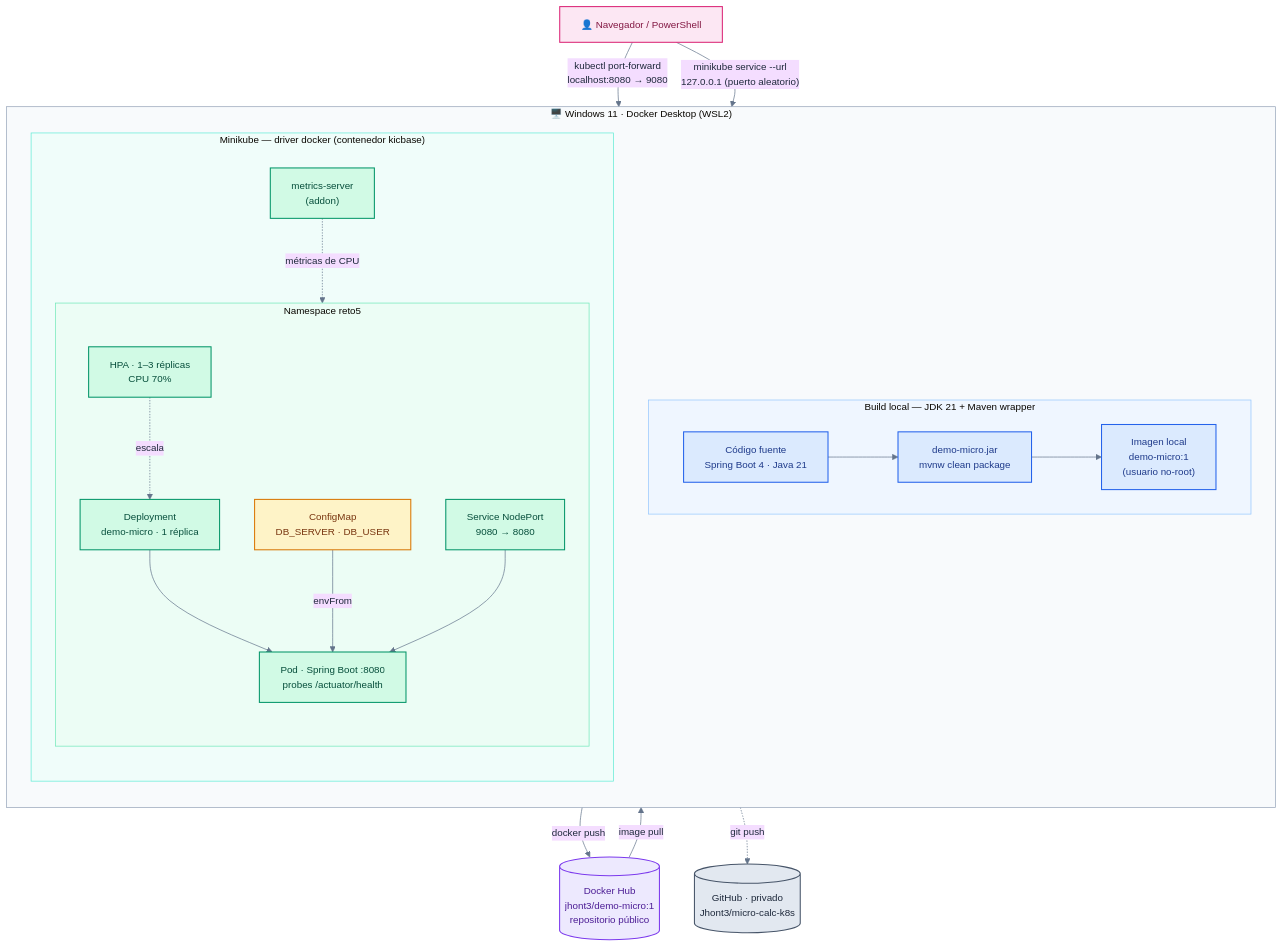
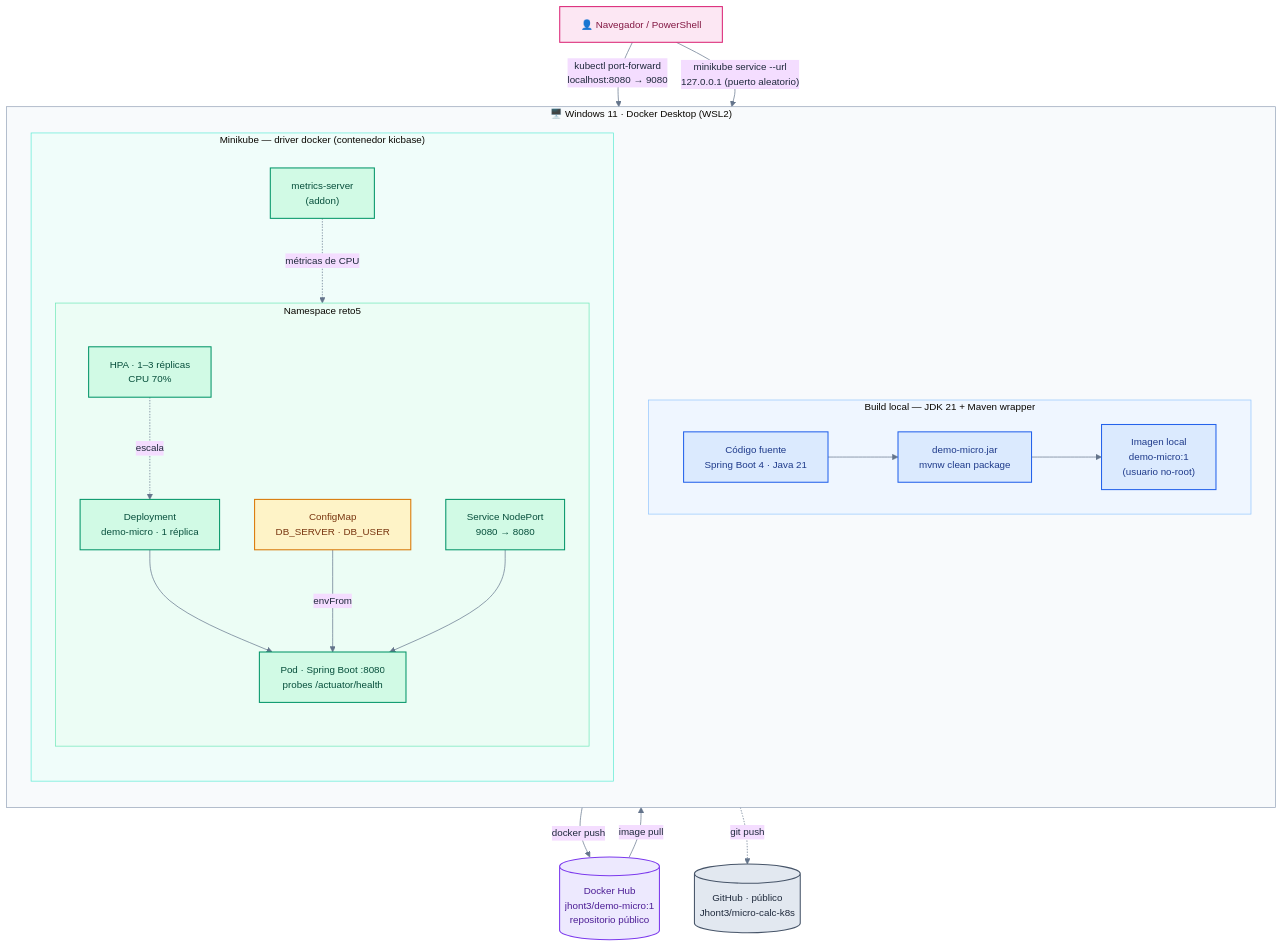
One commit to Jhont3/micro-calc-k8s changed the diagram in docs/architecture.md. Above: the diagram before and after it, drawn with Mermaid. The commit also changed 2 other files, not shown here.

Commit message:
Embed architecture diagram in README; repo is now public

````diff
--- a/docs/architecture.md
+++ b/docs/architecture.md
@@ -7,69 +7,69 @@
 ```mermaid
 %%{init: {"theme": "base", "themeVariables": {
   "fontFamily": "Segoe UI, Helvetica, sans-serif",
   "fontSize": "14px",
   "lineColor": "#64748B",
   "primaryTextColor": "#1E293B"
 }}}%%
 flowchart TB
 
     subgraph HOST["🖥️  Windows 11 · Docker Desktop (WSL2)"]
         direction TB
 
         subgraph BUILD["Build local — JDK 21 + Maven wrapper"]
             direction LR
             SRC["Código fuente<br/>Spring Boot 4 · Java 21"]
             JAR["demo-micro.jar<br/>mvnw clean package"]
             IMG["Imagen local<br/>demo-micro:1<br/>(usuario no-root)"]
             SRC --> JAR
             JAR --> IMG
         end
 
         subgraph MK["Minikube — driver docker (contenedor kicbase)"]
             direction TB
             subgraph NS["Namespace reto5"]
                 direction TB
                 DEP["Deployment<br/>demo-micro · 1 réplica"]
                 POD["Pod · Spring Boot :8080<br/>probes /actuator/health"]
                 CM["ConfigMap<br/>DB_SERVER · DB_USER"]
                 SVC["Service NodePort<br/>9080 → 8080"]
                 HPA["HPA · 1–3 réplicas<br/>CPU 70%"]
                 DEP --> POD
                 CM -- "envFrom" --> POD
                 SVC --> POD
                 HPA -. "escala" .-> DEP
             end
             MS["metrics-server<br/>(addon)"]
             MS -. "métricas de CPU" .-> HPA
         end
     end
 
     HUB[("Docker Hub<br/>jhont3/demo-micro:1<br/>repositorio público")]
-    GH[("GitHub · privado<br/>Jhont3/micro-calc-k8s")]
+    GH[("GitHub · público<br/>Jhont3/micro-calc-k8s")]
     CLI["👤 Navegador / PowerShell"]
 
     IMG -- "docker push" --> HUB
     HUB -- "image pull" --> POD
     SRC -. "git push" .-> GH
     CLI -- "kubectl port-forward<br/>localhost:8080 → 9080" --> SVC
     CLI -- "minikube service --url<br/>127.0.0.1 (puerto aleatorio)" --> SVC
 
     classDef build fill:#DBEAFE,stroke:#2563EB,stroke-width:1.5px,color:#1E3A8A
     classDef k8s fill:#D1FAE5,stroke:#059669,stroke-width:1.5px,color:#064E3B
     classDef cfg fill:#FEF3C7,stroke:#D97706,stroke-width:1.5px,color:#78350F
     classDef registry fill:#EDE9FE,stroke:#7C3AED,stroke-width:1.5px,color:#4C1D95
     classDef client fill:#FCE7F3,stroke:#DB2777,stroke-width:1.5px,color:#831843
     classDef repo fill:#E2E8F0,stroke:#475569,stroke-width:1.5px,color:#1E293B
 
     class SRC,JAR,IMG build
     class DEP,POD,SVC,HPA,MS k8s
     class CM cfg
     class HUB registry
     class CLI client
     class GH repo
 
     style HOST fill:#F8FAFC,stroke:#94A3B8,stroke-width:1px
     style BUILD fill:#EFF6FF,stroke:#93C5FD,stroke-width:1px
     style MK fill:#F0FDFA,stroke:#5EEAD4,stroke-width:1px
     style NS fill:#ECFDF5,stroke:#6EE7B7,stroke-width:1px
 ```
````
